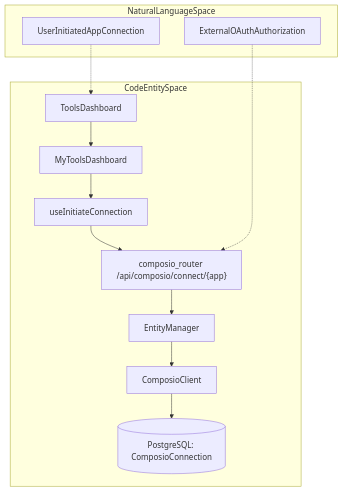
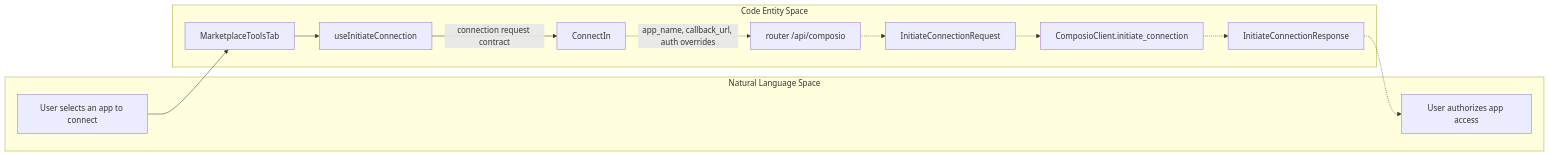
The second of 3 diagrams in docs/tools-integrations/connecting-apps.md (AutomatosAI/automatos-ai), drawn with Mermaid before and after one commit. The commit also changed other lines of this file and 188 other files, not shown here.

First line of the commit message:
docs: refresh architecture docs and add coverage for new subsystems (#1416)

````diff
--- a/docs/tools-integrations/connecting-apps.md
+++ b/docs/tools-integrations/connecting-apps.md
@@ -47,19 +102,26 @@
 ```mermaid
-graph TD
-    subgraph "NaturalLanguageSpace"
-        NL_UserRequest["UserInitiatedAppConnection"]
-        NL_AppAuth["ExternalOAuthAuthorization"]
+flowchart LR
+    subgraph NaturalLanguageSpace["Natural Language Space"]
+        User["User selects an app to connect"]
+        Auth["User authorizes app access"]
     end
 
-    subgraph "CodeEntitySpace"
-        TD["ToolsDashboard"] --> MTD["MyToolsDashboard"]
-        MTD --> UIC["useInitiateConnection"]
-        UIC --> API_Composio["composio_router /api/composio/connect/{app}"]
-        API_Composio --> EM["EntityManager"]
-        EM --> CC["ComposioClient"]
-        CC --> PG[("PostgreSQL: ComposioConnection")]
+    subgraph CodeEntitySpace["Code Entity Space"]
+        Tab[MarketplaceToolsTab]
+        Hook[useInitiateConnection]
+        ConnectIn[ConnectIn]
+        ComposioRouter["router /api/composio"]
+        InitiateRequest[InitiateConnectionRequest]
+        ComposioClient["ComposioClient.initiate_connection"]
+        Response[InitiateConnectionResponse]
     end
 
-    NL_UserRequest -.-> TD
-    NL_AppAuth -.-> API_Composio
+    User --> Tab
+    Tab --> Hook
+    Hook -->|"connection request contract"| ConnectIn
+    ConnectIn -.->|"app_name, callback_url, auth overrides"| ComposioRouter
+    ComposioRouter -.-> InitiateRequest
+    InitiateRequest -.-> ComposioClient
+    ComposioClient -.-> Response
+    Response -.-> Auth
 ```
````
